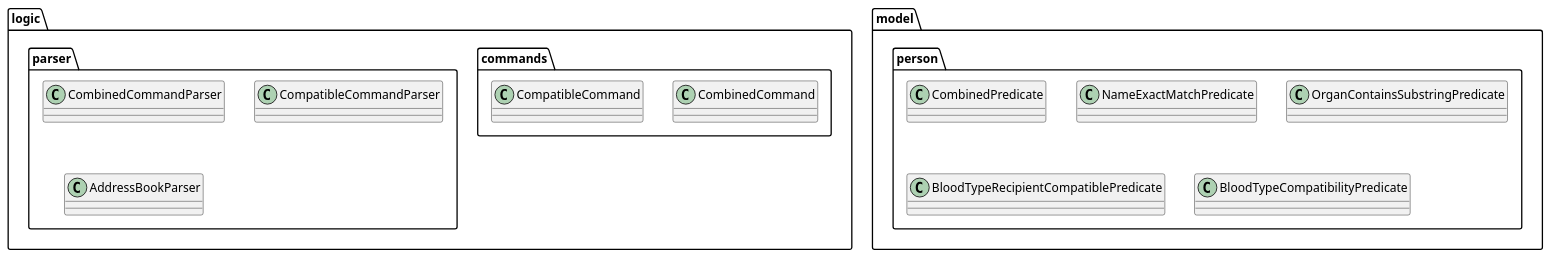
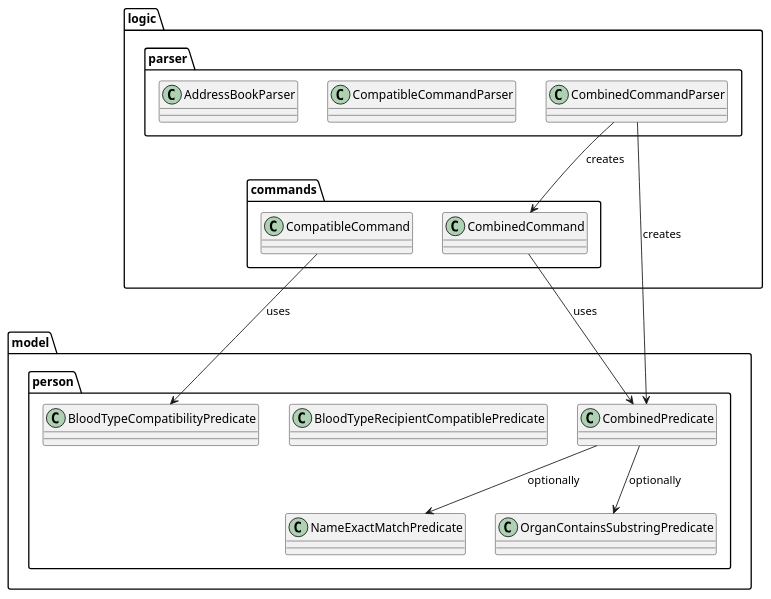
One commit to POeticPotatoes/tp changed the diagram in diagrams/CombinedCompatibleClassDiagram.puml. Above: the diagram before and after it, drawn with PlantUML. The commit also changed 29 other files, not shown here.

```diff
--- a/diagrams/CombinedCompatibleClassDiagram.puml
+++ b/diagrams/CombinedCompatibleClassDiagram.puml
@@ -1,24 +1,31 @@
 @startuml
 skinparam classAttributeIconSize 0
 
 package "logic.commands" {
   class CombinedCommand
   class CompatibleCommand
 }
 
 package "logic.parser" {
   class CombinedCommandParser
   class CompatibleCommandParser
   class AddressBookParser
 }
 
 package "model.person" {
   class CombinedPredicate
   class NameExactMatchPredicate
   class OrganContainsSubstringPredicate
   class BloodTypeRecipientCompatiblePredicate
   class BloodTypeCompatibilityPredicate
 }
 
+CombinedCommand --> CombinedPredicate : uses
+CompatibleCommand --> BloodTypeCompatibilityPredicate : uses
+
+CombinedCommandParser --> CombinedCommand : creates
+CombinedCommandParser --> CombinedPredicate : creates
+CombinedPredicate --> NameExactMatchPredicate : optionally
+CombinedPredicate --> OrganContainsSubstringPredicate : optionally
 
 @enduml
```
